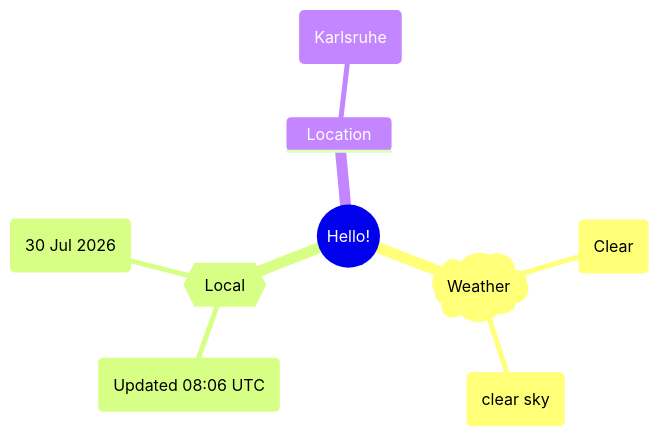
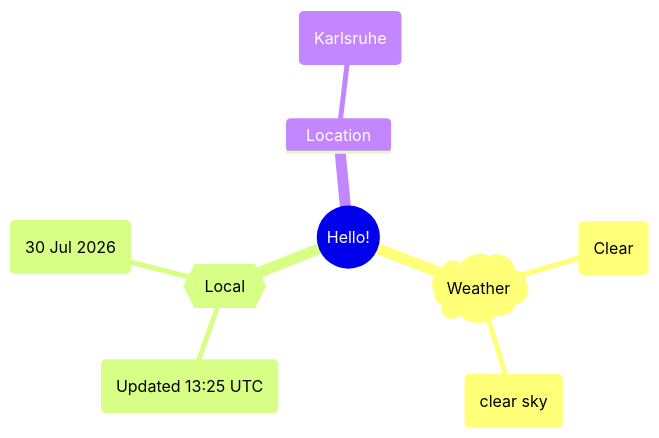
The first of 2 diagrams in README.md (Xosrov/Xosrov), drawn with Mermaid before and after one commit.

Commit message:
[bot] updated images

````diff
--- a/README.md
+++ b/README.md
@@ -3,12 +3,12 @@
 ```mermaid
 mindmap
   root((Hello!))
     )Weather(
         (Clear)
         (clear sky)
     {{Local}}
-        (Updated 08:06 UTC)
+        (Updated 13:25 UTC)
         (30 Jul 2026)
     Location
         (Karlsruhe)
 ```
````
